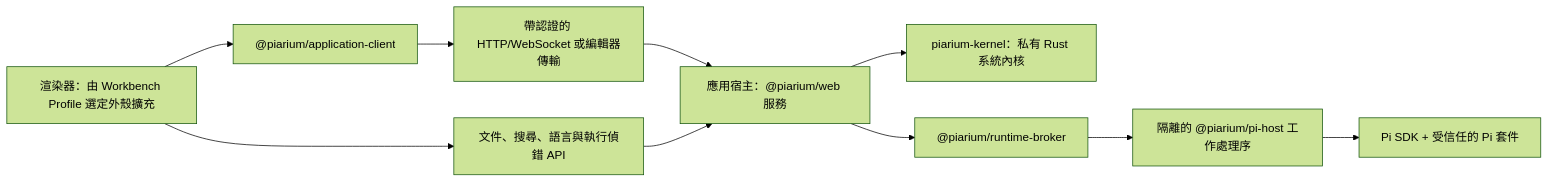
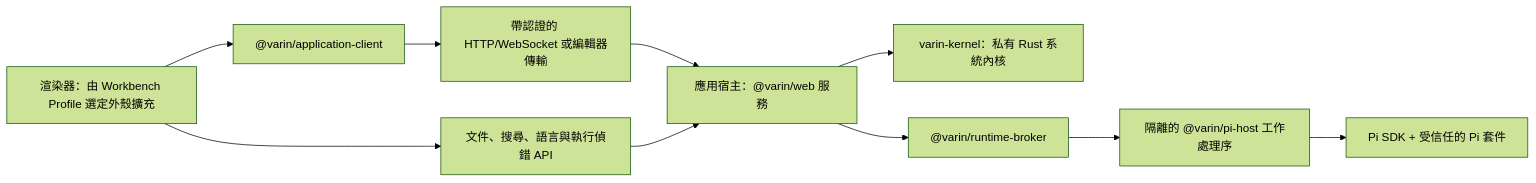
Before and after one commit to Youzini-afk/Piarium: the diagram in .github/readme/README.zh-TW.md, drawn with Mermaid (forest theme). The commit also changed other lines of this file and 2274 other files, not shown here.

Commit message:
feat: rename Piarium to Varin across the product and runtime

````diff
--- a/.github/readme/README.zh-TW.md
+++ b/.github/readme/README.zh-TW.md
@@ -232,12 +232,12 @@
 ```mermaid
 flowchart LR
-    S["渲染器：由 Workbench Profile 選定外殼擴充"] --> C["@piarium/application-client"]
+    S["渲染器：由 Workbench Profile 選定外殼擴充"] --> C["@varin/application-client"]
     S --> D["文件、搜尋、語言與執行偵錯 API"]
     C --> T["帶認證的 HTTP/WebSocket 或編輯器傳輸"]
-    T --> A["應用宿主：@piarium/web 服務"]
+    T --> A["應用宿主：@varin/web 服務"]
     D --> A
-    A --> K["piarium-kernel：私有 Rust 系統內核"]
-    A --> B["@piarium/runtime-broker"]
-    B --> H["隔離的 @piarium/pi-host 工作處理序"]
+    A --> K["varin-kernel：私有 Rust 系統內核"]
+    A --> B["@varin/runtime-broker"]
+    B --> H["隔離的 @varin/pi-host 工作處理序"]
     H --> P["Pi SDK + 受信任的 Pi 套件"]
 ```
````
